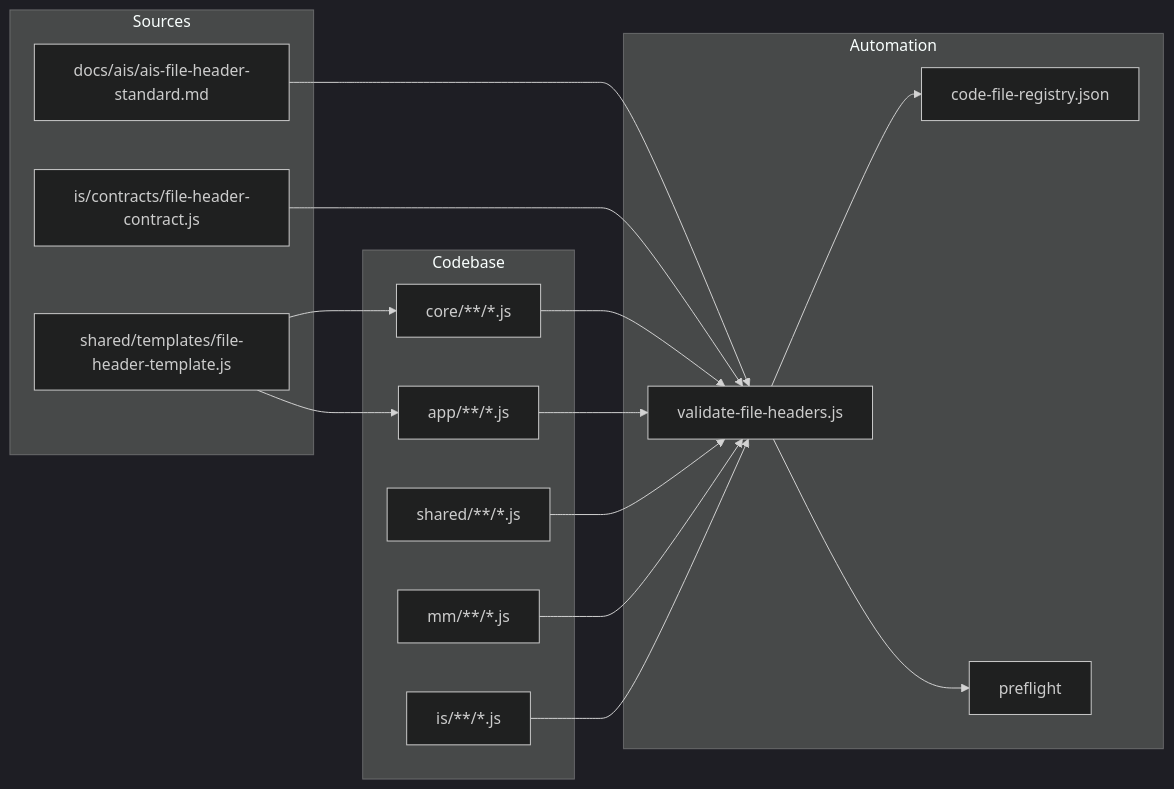
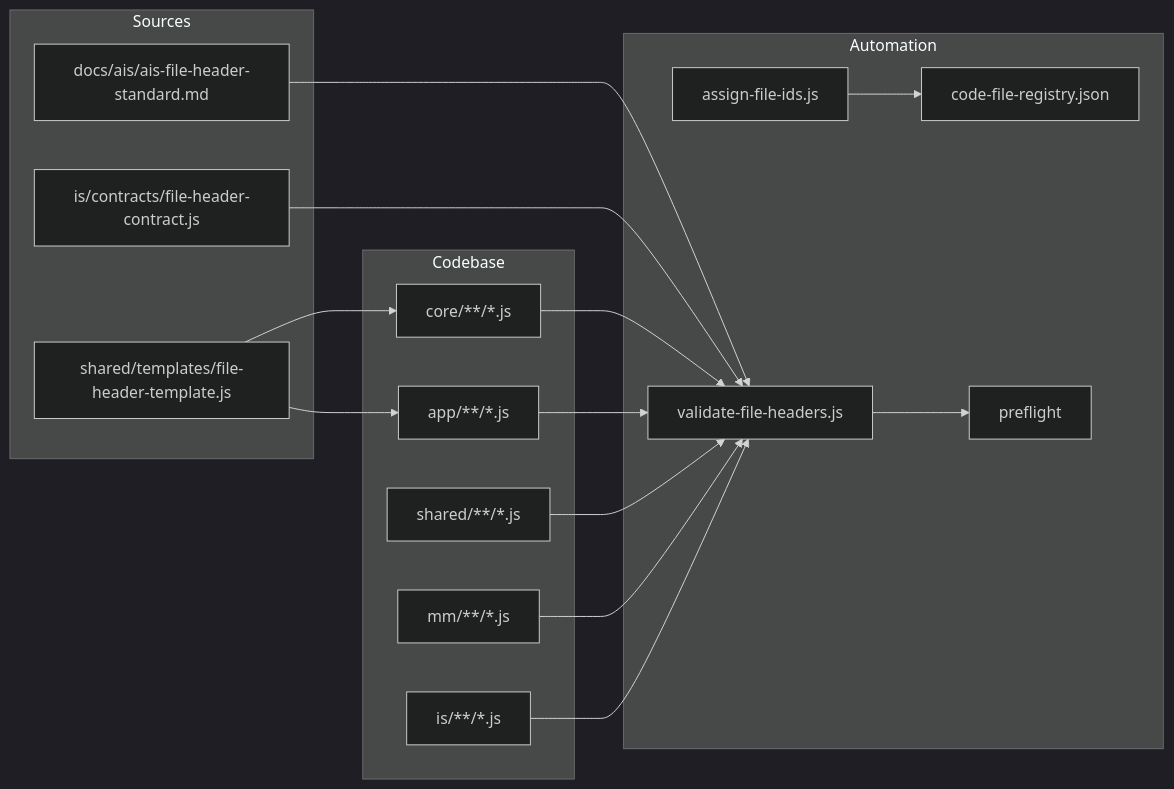
The diagram in docs/ais/ais-file-header-standard.md (aoponomarev/mmb), drawn with Mermaid (dark theme) before and after one commit. The commit also changed other lines of this file and 23 other files, not shown here.

````diff
--- a/docs/ais/ais-file-header-standard.md
+++ b/docs/ais/ais-file-header-standard.md
@@ -38,31 +38,32 @@
 ```mermaid
 flowchart LR
   subgraph Sources
     T[shared/templates/file-header-template.js]
     A[docs/ais/ais-file-header-standard.md]
     C[is/contracts/file-header-contract.js]
   end
   subgraph Codebase
     F[core/**/*.js]
     G[app/**/*.js]
     H[shared/**/*.js]
     I[mm/**/*.js]
     J[is/**/*.js]
   end
   subgraph Automation
     R[code-file-registry.json]
     V[validate-file-headers.js]
+    A2[assign-file-ids.js]
     P[preflight]
   end
   T --> F
   T --> G
   A --> V
   C --> V
   F --> V
   G --> V
   H --> V
   I --> V
   J --> V
-  V --> R
+  A2 --> R
   V --> P
 ```
````
